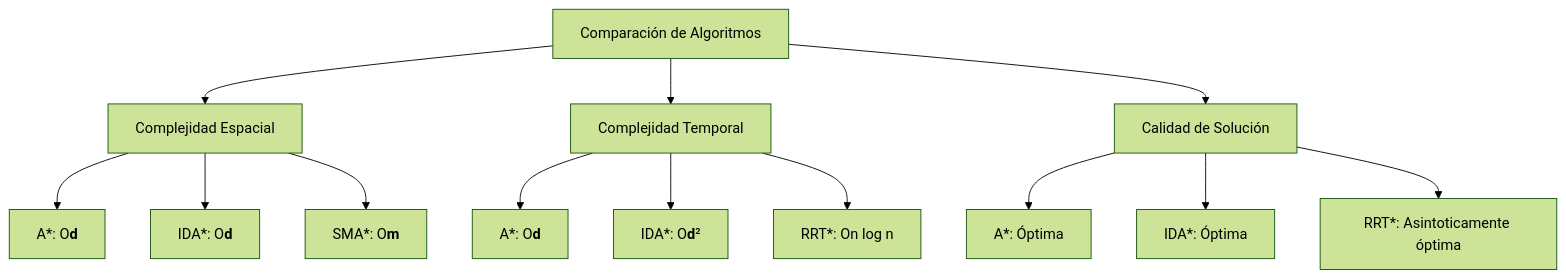
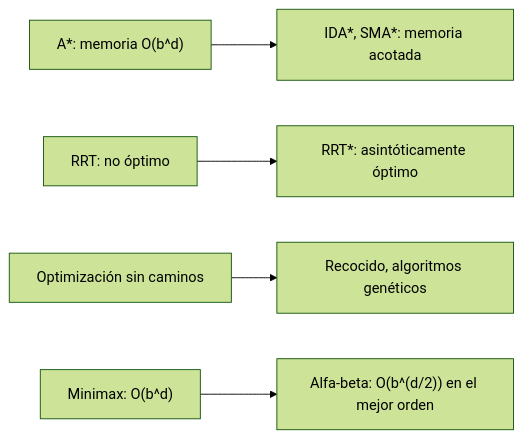
Before and after one commit to djaimej/computer-science-template: the diagram in public/documents/semester-6/2/6223.md, drawn with Mermaid (forest theme). The commit also changed other lines of this file and 3 other files, not shown here.

````diff
--- a/public/documents/semester-6/2/6223.md
+++ b/public/documents/semester-6/2/6223.md
@@ -307,18 +31,7 @@
 ```mermaid
-graph TD
-    A["Comparación de Algoritmos"] --> B["Complejidad Espacial"]
-    A --> C["Complejidad Temporal"]
-    A --> D["Calidad de Solución"]
-
-    B --> B1["A*: O<b>d</b>"]
-    B --> B2["IDA*: O<b>d</b>"]
-    B --> B3["SMA*: O<b>m</b>"]
-
-    C --> C1["A*: O<b>d</b>"]
-    C --> C2["IDA*: O<b>d</b>²"]
-    C --> C3["RRT*: On log n"]
-
-    D --> D1["A*: Óptima"]
-    D --> D2["IDA*: Óptima"]
-    D --> D3["RRT*: Asintoticamente óptima"]
+flowchart LR
+    A["A*: memoria O(b^d)"] --> I["IDA*, SMA*: memoria acotada"]
+    R["RRT: no óptimo"] --> RS["RRT*: asintóticamente óptimo"]
+    L["Optimización sin caminos"] --> GA["Recocido, algoritmos genéticos"]
+    M["Minimax: O(b^d)"] --> AB["Alfa-beta: O(b^(d/2)) en el mejor orden"]
 ```
````
